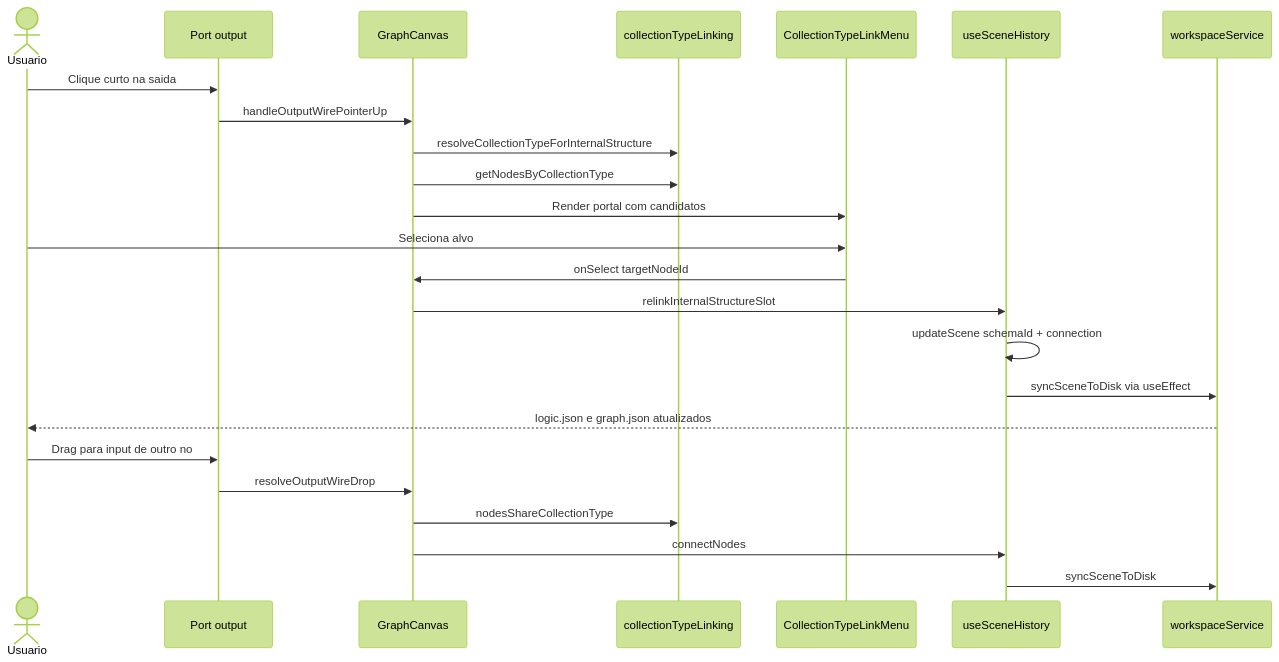
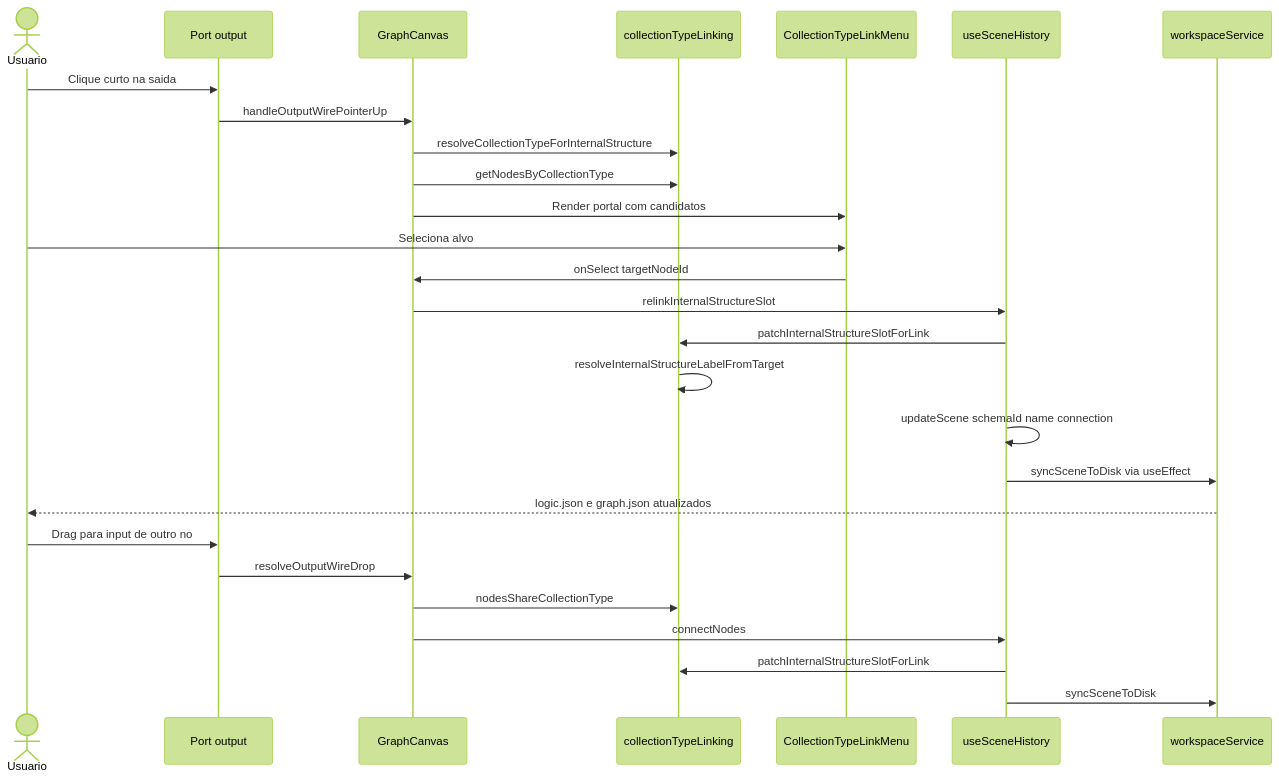
One commit to JunioCesar96/Node-Graphs-League-of-Legends changed the second of 2 diagrams in README.md. Above: the diagram before and after it, drawn with Mermaid (forest theme). The commit also changed other lines of this file and 1 other file, not shown here.

First line of the commit message:
docs: actualizar documentacao com sincronizacao de name do slot e commit bb98cc3.

````diff
--- a/README.md
+++ b/README.md
@@ -51,28 +57,31 @@
 ```mermaid
 sequenceDiagram
   actor U as Usuario
   participant Port as Port output
   participant GC as GraphCanvas
   participant Core as collectionTypeLinking
   participant Menu as CollectionTypeLinkMenu
   participant Hist as useSceneHistory
   participant WS as workspaceService
 
   U->>Port: Clique curto na saida
   Port->>GC: handleOutputWirePointerUp
   GC->>Core: resolveCollectionTypeForInternalStructure
   GC->>Core: getNodesByCollectionType
   GC->>Menu: Render portal com candidatos
   U->>Menu: Seleciona alvo
   Menu->>GC: onSelect targetNodeId
   GC->>Hist: relinkInternalStructureSlot
-  Hist->>Hist: updateScene schemaId + connection
+  Hist->>Core: patchInternalStructureSlotForLink
+  Core->>Core: resolveInternalStructureLabelFromTarget
+  Hist->>Hist: updateScene schemaId name connection
   Hist->>WS: syncSceneToDisk via useEffect
   WS-->>U: logic.json e graph.json atualizados
 
   U->>Port: Drag para input de outro no
   Port->>GC: resolveOutputWireDrop
   GC->>Core: nodesShareCollectionType
   GC->>Hist: connectNodes
+  Hist->>Core: patchInternalStructureSlotForLink
   Hist->>WS: syncSceneToDisk
 ```
````
